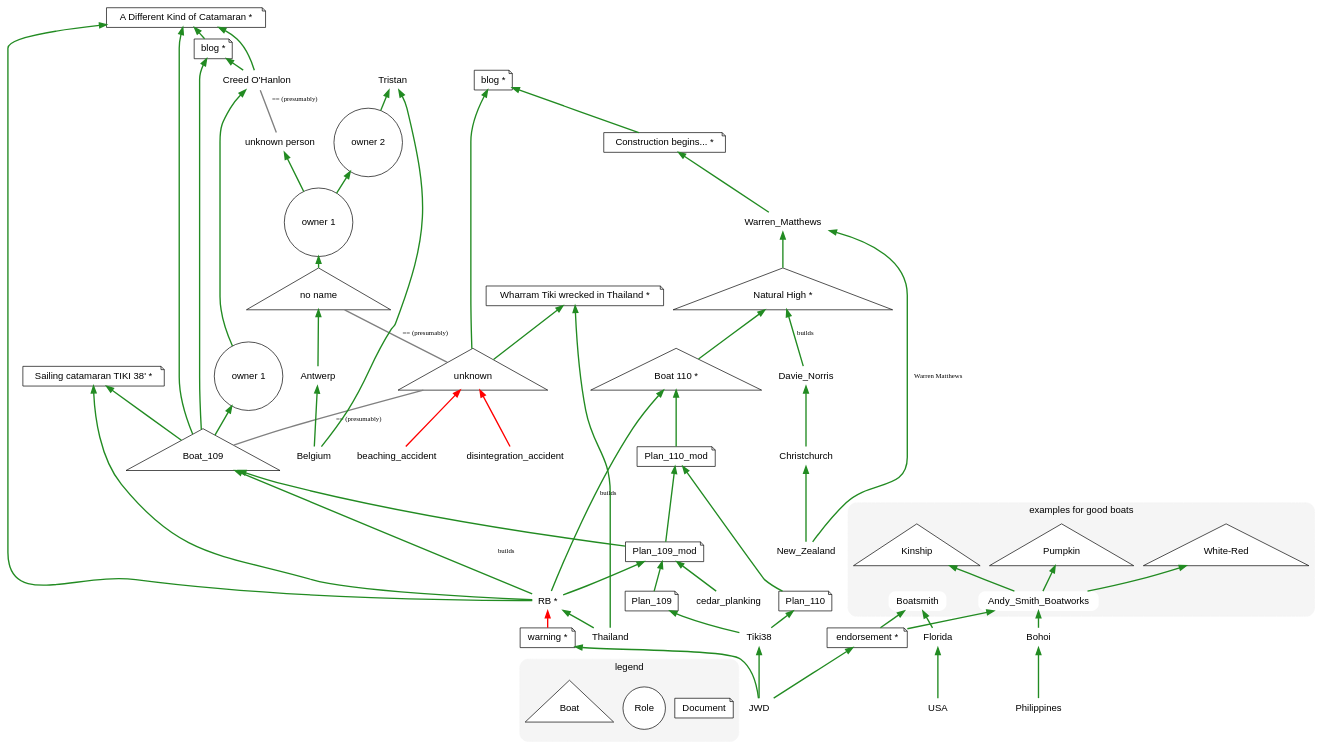
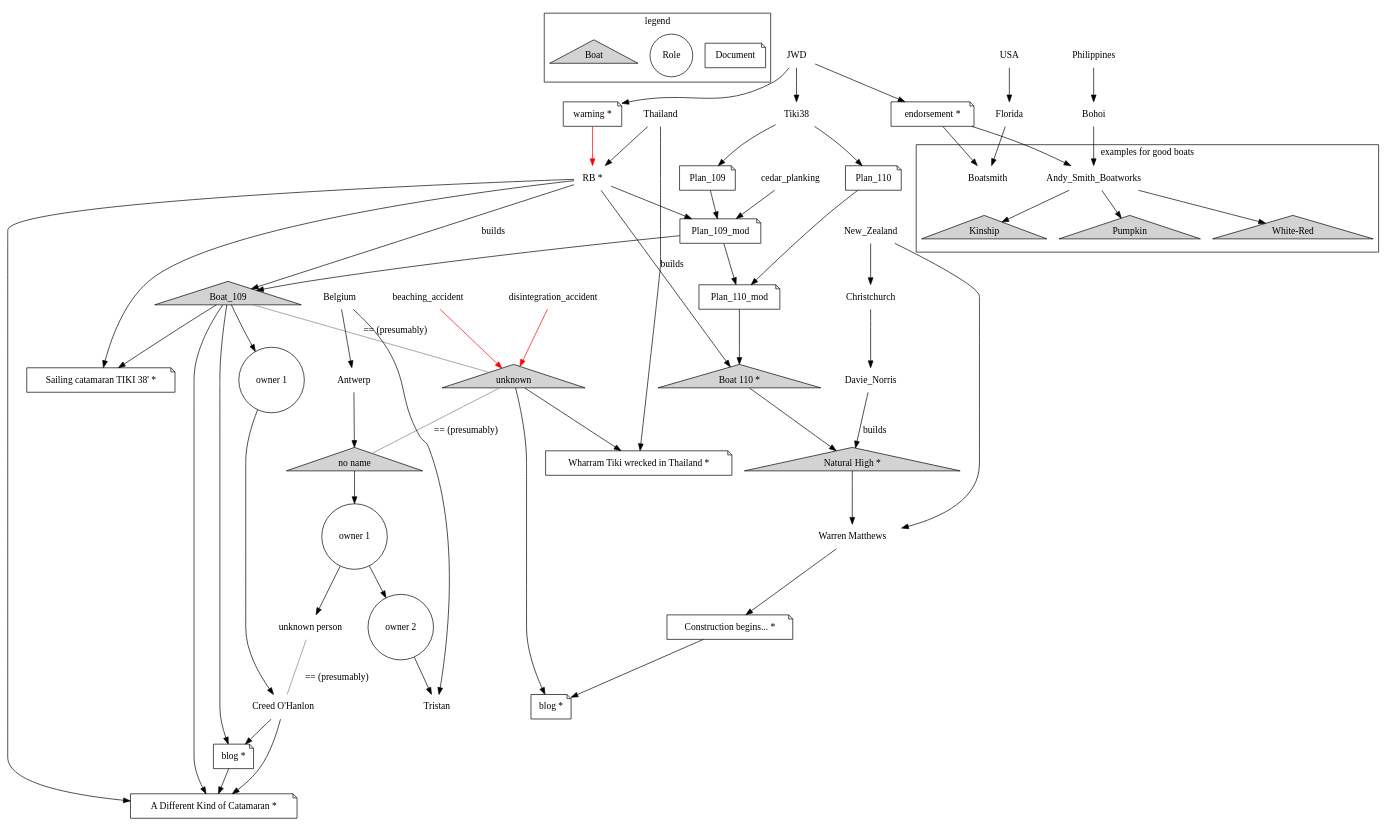
Before and after one commit to borango/borango.github.io: the diagram in Tiki-38/graph.dot, drawn with Graphviz. The commit also changed 8 other files, not shown here.

```diff
--- a/Tiki-38/graph.dot
+++ b/Tiki-38/graph.dot
@@ -1,162 +1,132 @@
 #
 # manually coded DOT file
 #
 digraph <Which boat is this Tiki 38 at Antwerp?> {
-    graph [
-        color=whitesmoke,
-        fontname=Helvetica,
-        labelloc=b,
-        nodesep=0.2,
-        rankdir=BT,
-        ranksep=0.2,
-        remincross=true,
-        splines=true,
-        style="filled,rounded",
-        target=details,
-        tooltip=" "
-    ];
-    node [
-        fillcolor=white,
-        fontname=Helvetica,
-        height=0,
-#        id="\N",
-        margin=0.1,
-        shape=box,
-        style="filled,rounded",
-        target=details,
-        tooltip=" ",
-        width=0
-    ];
-    edge [
-        arrowtail=none,
-        color=forestgreen,
-        dir=both,
-        fontsize=10,
-#        id="\T___\H",
-        penwidth=2,
-        target=details
-    ];
 
  node [shape=none]
-
 
  {
   node [shape=note]
   Document ## legend
   Plan_109 -> Plan_109_mod
   {Plan_110 Plan_109_mod} -> Plan_110_mod
-  blog_109 [label="blog *" tooltip="STRG+click (open in new tab)" URL="http://web.archive.org/web/20080527060029/http://tiki38.blogspot.com/"]
-  blog_110 [label="blog *" tooltip="STRG+click (open in new tab)" URL="http://web.archive.org/web/20131126033402/http://naturalhigh-adventures.com/warren-blog/month/august-2009"]
+  blog_109 [label="blog *" tooltip="blog that the customer of 'boat 109' started but not finished... now archived.
+  
+STRG+click (open in new tab)" URL="http://web.archive.org/web/20080527060029/http://tiki38.blogspot.com/"]
+  blog_110 [label="blog *" tooltip="blog by the owner of a sister ship, reasoning about structural problems with his and the sister boat... (now archived)
+
+STRG+click (open in new tab)" URL="http://web.archive.org/web/20131126033402/http://naturalhigh-adventures.com/warren-blog/month/august-2009"]
   blog_110_begins [label="Construction begins... *" tooltip="STRG+click (open in new tab) - In June 2008 construction of the hulls commenced. Unlike the 'normal' Tiki 38 which is in ply 'Natural High' is being built in cedar strip planking the same as Creed O'Hanlons 'Ahmad Bin Majid'" URL="http://web.archive.org/web/20100604023103/http://naturalhigh-adventures.com/warren-blog/2008/10/30/construction-begins.html"]
   warning [label="warning *" tooltip="STRG+click (open in new tab)" URL="https://www.wharram.com/news/2009/dodgy-professional-builders"]
   endorsement [label="endorsement *" tooltip="STRG+click (open in new tab) + see bottom of linked page" URL="https://www.wharram.com/professionally-built-boats"]
   post_rb_tiki38 [label="Sailing catamaran TIKI 38' *" tooltip="STRG+click (open in new tab)" URL="http://www.powerandsailing.com/boats-catamarans/catamaran-sailing-tiki-38.html"]
   post_rb_different [label="A Different Kind of Catamaran *" tooltip="STRG+click (open in new tab)" URL="http://raoul-bianchetti.blogspot.com/2009/01/different-kind-of-catamaran.html"]
   post_tiki_wrecked [label="Wharram Tiki wrecked in Thailand *" tooltip="STRG+click (open in new tab)" URL="https://www.boatdesign.net/threads/wharram-tiki-wrecked-in-thailand.29022/"]
  }
 
  cedar_planking -> Plan_109_mod
 
- New_Zealand -> Warren_Matthews [label="Warren Matthews"]
+ Warren_Matthews [label="Warren Matthews"]
+ New_Zealand -> Warren_Matthews
 
  COH [label="Creed O'Hanlon"]
 
  Tristan
 
  {
   node [shape=circle]
   Role ## legend
   boat_109_owner_1 [label="owner 1"]
   noname_owner_1 [label="owner 1"] 
   noname_owner_2 [label="owner 2"]
  }
 
   #
   # Boats
  {#
   node [shape=triangle style=filled]
   Boat ## legend
 
   Boat_109 [tooltip="name is likely: Ahmad Bin Majid"]
   Boat_110 [label="Boat 110 *" tooltip="unfinished version"]
   boat_110_2 [label="Natural High *" tooltip="finished version"]
   Plan_109_mod -> Boat_109 -> boat_109_owner_1 -> COH -> blog_109
   Plan_110_mod -> Boat_110 -> boat_110_2 -> Warren_Matthews -> blog_110_begins -> blog_110
   Kinship
   Pumpkin
   boat_100 [label="White-Red" tooltip="white and red hulls; number 100 on aft sail"]
   unknown_tiki38 [label="unknown"]
   noname_tiki38 [label="no name"]
  }
 
  {Thailand unknown_tiki38} -> post_tiki_wrecked
  
  unknown_tiki38 -> blog_110
 
  noname_tiki38 -> noname_owner_1 -> noname_owner_2 -> Tristan
  
  unknown_noname_owner_1 [label="unknown person"]
  
  noname_owner_1 -> unknown_noname_owner_1
  
  RB [label="RB *" tooltip="STRG+click (open in new tab)" URL="http://www.powerandsailing.com/about-us.html"]
  
  Thailand -> RB -> {Plan_109_mod post_rb_tiki38 post_rb_different}
  
  Boat_109 -> {post_rb_tiki38 post_rb_different}
  
  {blog_109 COH} -> post_rb_different
  
  {
   edge [label=builds]
   RB -> {Boat_109 Boat_110}
   Davie_Norris -> boat_110_2
  }
  
  Boat_109 -> blog_109
 
  JWD ->Tiki38 -> {Plan_109 Plan_110}
  
  JWD -> endorsement -> {Andy_Smith_Boatworks Boatsmith}
  
  JWD -> warning
  
  {
   edge [color=red]
   warning -> RB 
  {beaching_accident disintegration_accident} -> unknown_tiki38
  }
  
  USA -> Florida -> Boatsmith
  
  Philippines -> Bohoi -> Andy_Smith_Boatworks -> {Kinship Pumpkin boat_100}
  
  New_Zealand -> Christchurch -> Davie_Norris
 
  Belgium -> Antwerp -> noname_tiki38
  Belgium -> Tristan
 
  {
   edge [label="== (presumably)" arrowhead=none color=grey]
 
   unknown_noname_owner_1 -> COH
   Boat_109 -> unknown_tiki38 -> noname_tiki38
  }
 
  subgraph cluster_goodboats
  {
   label="examples for good boats"
   boat_100 Kinship Pumpkin
   Boatsmith
   Andy_Smith_Boatworks
  }
 
  subgraph cluster_legend
  {
   label=legend
   Boat
   Document
   Role
  }
 
 }
```
